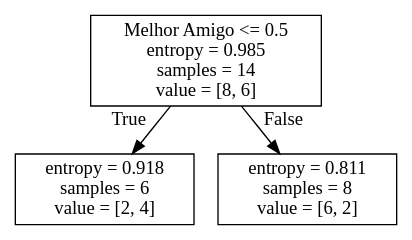
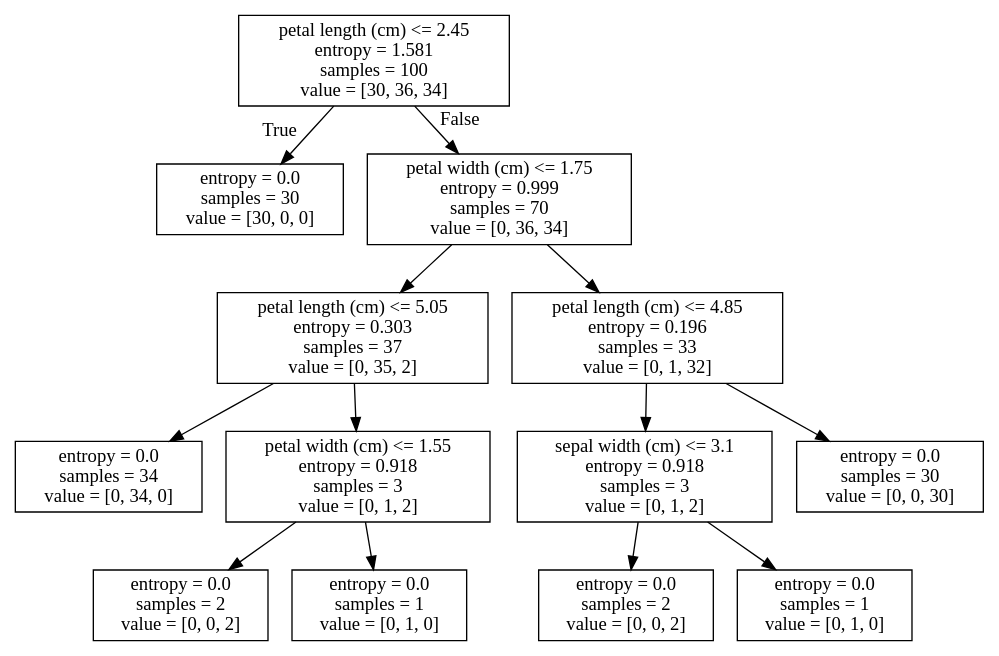
Before and after one commit to aviniciuss/machine-learning: the diagram in tree.dot, drawn with Graphviz. The commit also changed 2 other files, not shown here.

```diff
--- a/tree.dot
+++ b/tree.dot
@@ -1,8 +1,28 @@
 digraph Tree {
 node [shape=box] ;
-0 [label="Melhor Amigo <= 0.5\nentropy = 0.985\nsamples = 14\nvalue = [8, 6]"] ;
-1 [label="entropy = 0.918\nsamples = 6\nvalue = [2, 4]"] ;
+0 [label="petal length (cm) <= 2.45\nentropy = 1.581\nsamples = 100\nvalue = [30, 36, 34]"] ;
+1 [label="entropy = 0.0\nsamples = 30\nvalue = [30, 0, 0]"] ;
 0 -> 1 [labeldistance=2.5, labelangle=45, headlabel="True"] ;
-2 [label="entropy = 0.811\nsamples = 8\nvalue = [6, 2]"] ;
+2 [label="petal width (cm) <= 1.75\nentropy = 0.999\nsamples = 70\nvalue = [0, 36, 34]"] ;
 0 -> 2 [labeldistance=2.5, labelangle=-45, headlabel="False"] ;
+3 [label="petal length (cm) <= 5.05\nentropy = 0.303\nsamples = 37\nvalue = [0, 35, 2]"] ;
+2 -> 3 ;
+4 [label="entropy = 0.0\nsamples = 34\nvalue = [0, 34, 0]"] ;
+3 -> 4 ;
+5 [label="petal width (cm) <= 1.55\nentropy = 0.918\nsamples = 3\nvalue = [0, 1, 2]"] ;
+3 -> 5 ;
+6 [label="entropy = 0.0\nsamples = 2\nvalue = [0, 0, 2]"] ;
+5 -> 6 ;
+7 [label="entropy = 0.0\nsamples = 1\nvalue = [0, 1, 0]"] ;
+5 -> 7 ;
+8 [label="petal length (cm) <= 4.85\nentropy = 0.196\nsamples = 33\nvalue = [0, 1, 32]"] ;
+2 -> 8 ;
+9 [label="sepal width (cm) <= 3.1\nentropy = 0.918\nsamples = 3\nvalue = [0, 1, 2]"] ;
+8 -> 9 ;
+10 [label="entropy = 0.0\nsamples = 2\nvalue = [0, 0, 2]"] ;
+9 -> 10 ;
+11 [label="entropy = 0.0\nsamples = 1\nvalue = [0, 1, 0]"] ;
+9 -> 11 ;
+12 [label="entropy = 0.0\nsamples = 30\nvalue = [0, 0, 30]"] ;
+8 -> 12 ;
 }
```
